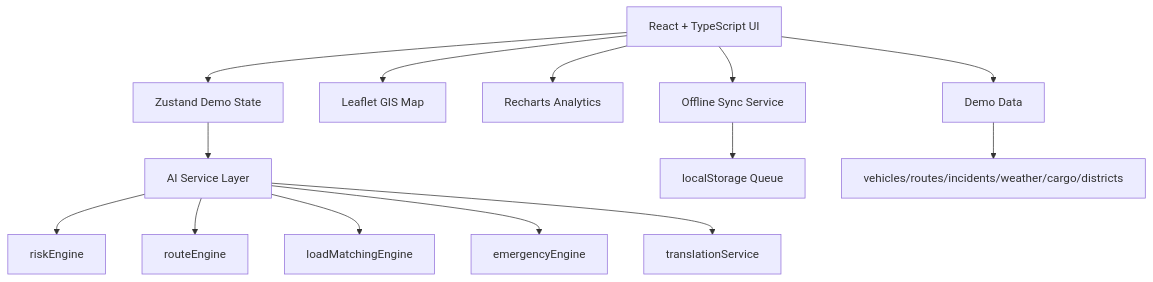
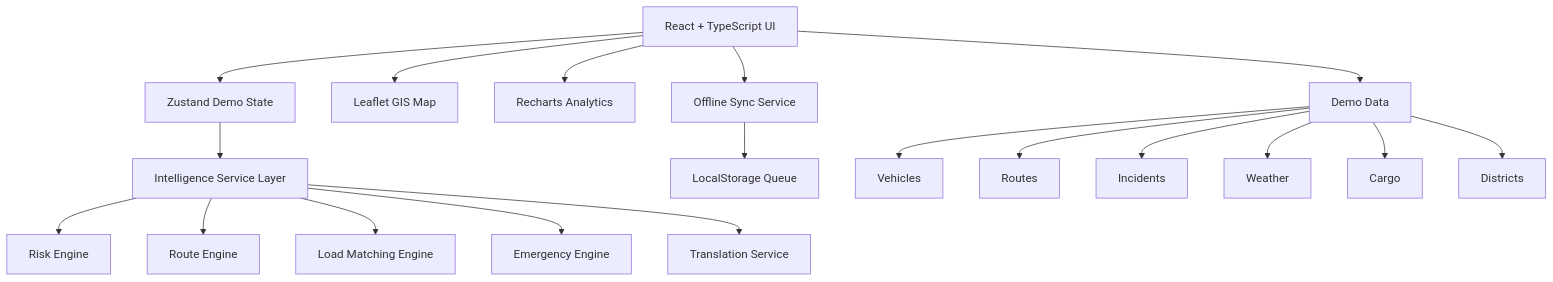
The diagram in README.md (rohithramalingamp-jpg/SIH-NAVIRA), drawn with Mermaid before and after one commit. The commit also changed other lines of this file, not shown here.

````diff
--- a/README.md
+++ b/README.md
@@ -42,16 +124,28 @@
 ```mermaid
 flowchart TD
-  A[React + TypeScript UI] --> B[Zustand Demo State]
-  A --> C[Leaflet GIS Map]
-  A --> D[Recharts Analytics]
-  B --> E[AI Service Layer]
-  E --> E1[riskEngine]
-  E --> E2[routeEngine]
-  E --> E3[loadMatchingEngine]
-  E --> E4[emergencyEngine]
-  E --> E5[translationService]
-  A --> F[Offline Sync Service]
-  F --> G[localStorage Queue]
-  A --> H[Demo Data]
-  H --> H1[vehicles/routes/incidents/weather/cargo/districts]
+    A[React + TypeScript UI]
+
+    A --> B[Zustand Demo State]
+    A --> C[Leaflet GIS Map]
+    A --> D[Recharts Analytics]
+
+    B --> E[Intelligence Service Layer]
+
+    E --> E1[Risk Engine]
+    E --> E2[Route Engine]
+    E --> E3[Load Matching Engine]
+    E --> E4[Emergency Engine]
+    E --> E5[Translation Service]
+
+    A --> F[Offline Sync Service]
+    F --> G[LocalStorage Queue]
+
+    A --> H[Demo Data]
+
+    H --> H1[Vehicles]
+    H --> H2[Routes]
+    H --> H3[Incidents]
+    H --> H4[Weather]
+    H --> H5[Cargo]
+    H --> H6[Districts]
 ```
````
